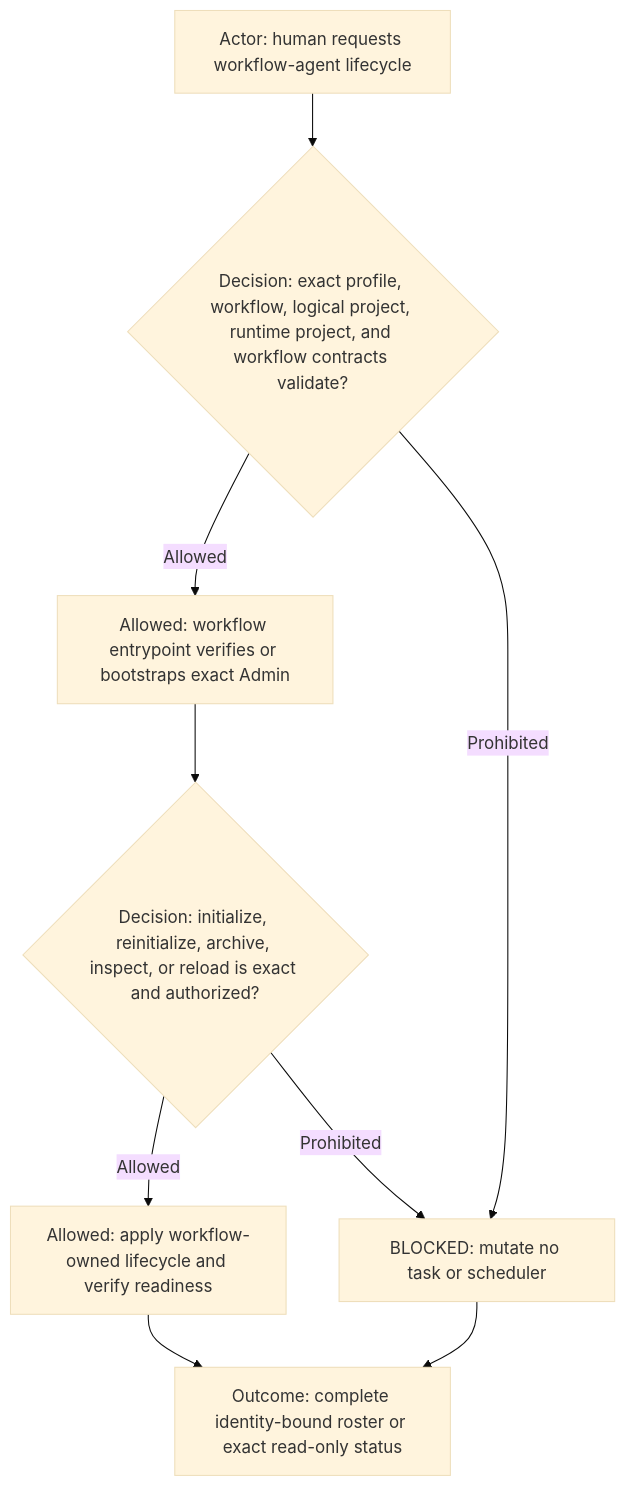
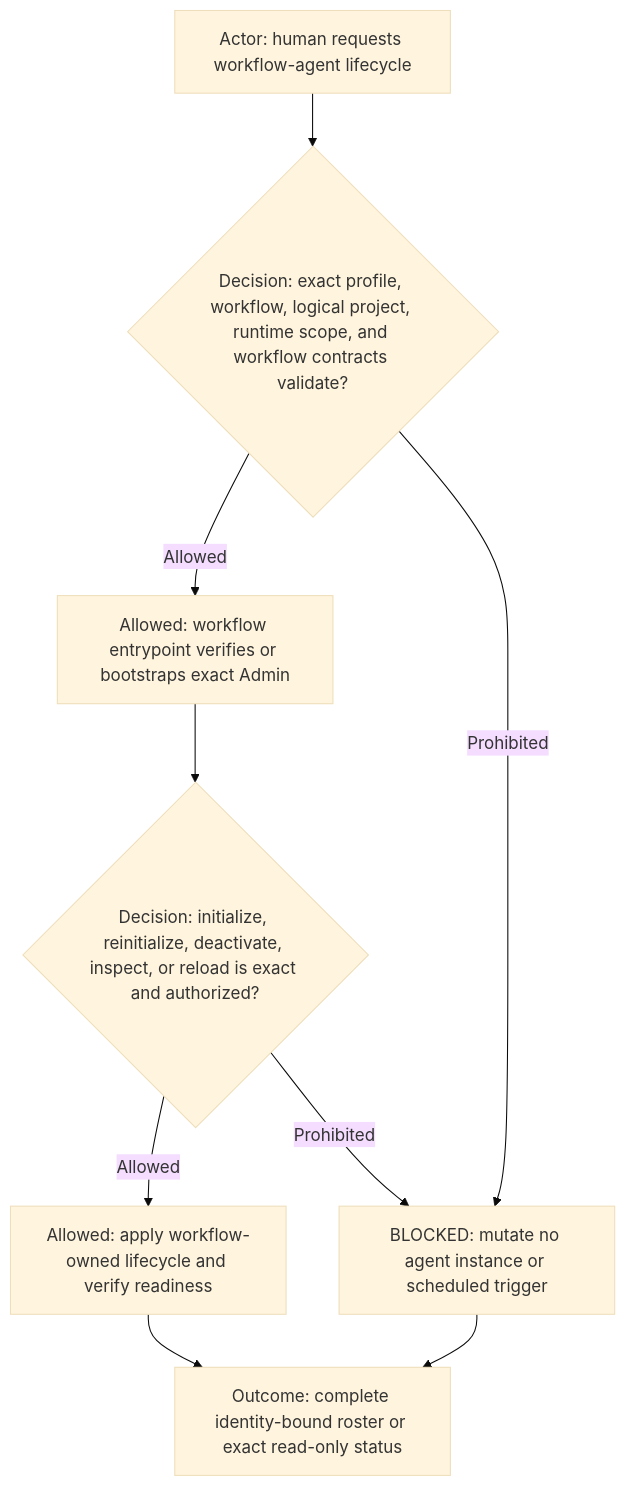
Before and after one commit to starodubtsevconsulting/ai-fleas: diagram 16 of 17 in ai-workflows/agents.md, drawn with Mermaid (base theme). The commit also changed other lines of this file and 15 other files, not shown here.

````diff
--- a/ai-workflows/agents.md
+++ b/ai-workflows/agents.md
@@ -371,11 +375,11 @@
 ```mermaid
 flowchart TD
-  Actor["Actor: human requests workflow-agent lifecycle"] --> Decision{"Decision: exact profile, workflow, logical project, runtime project, and workflow contracts validate?"}
+  Actor["Actor: human requests workflow-agent lifecycle"] --> Decision{"Decision: exact profile, workflow, logical project, runtime scope, and workflow contracts validate?"}
   Decision -->|Allowed| Admin["Allowed: workflow entrypoint verifies or bootstraps exact Admin"]
-  Decision -->|Prohibited| Blocked["BLOCKED: mutate no task or scheduler"]
-  Admin --> Roster{"Decision: initialize, reinitialize, archive, inspect, or reload is exact and authorized?"}
+  Decision -->|Prohibited| Blocked["BLOCKED: mutate no agent instance or scheduled trigger"]
+  Admin --> Roster{"Decision: initialize, reinitialize, deactivate, inspect, or reload is exact and authorized?"}
   Roster -->|Allowed| Route["Allowed: apply workflow-owned lifecycle and verify readiness"]
   Roster -->|Prohibited| Blocked
   Route --> Outcome["Outcome: complete identity-bound roster or exact read-only status"]
   Blocked --> Outcome
 ```
````
